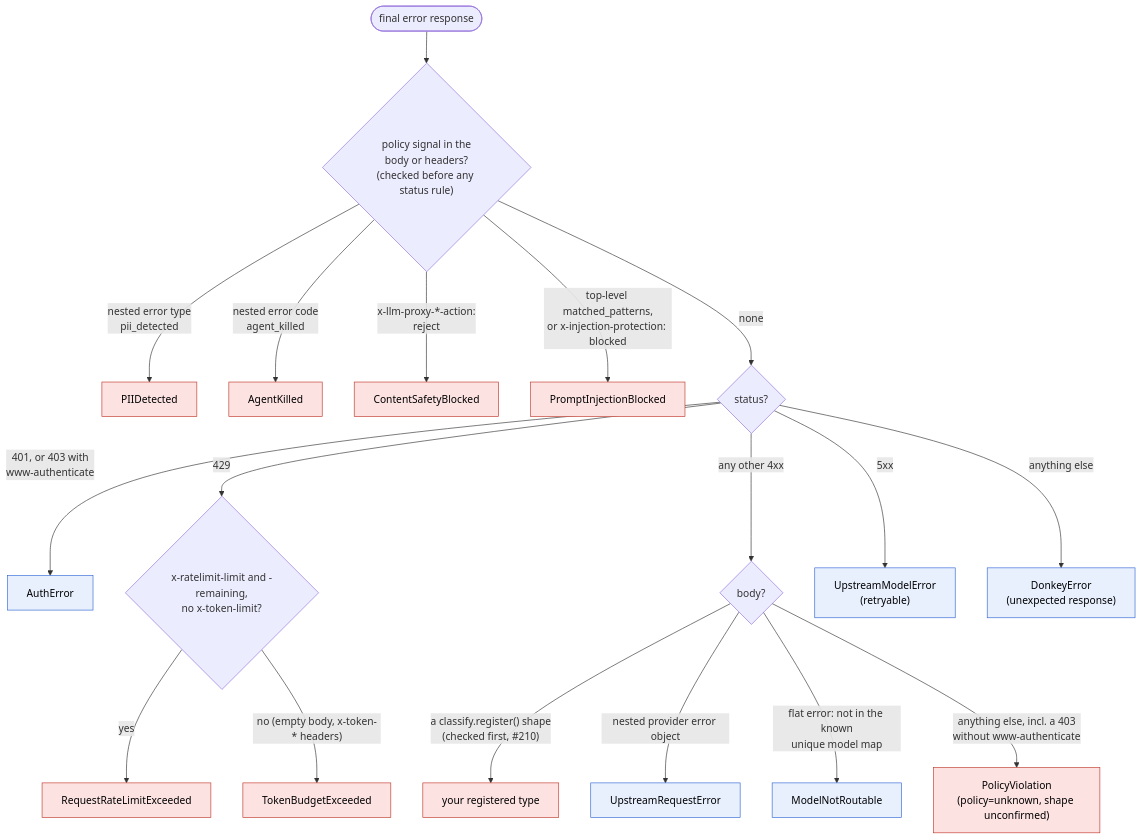
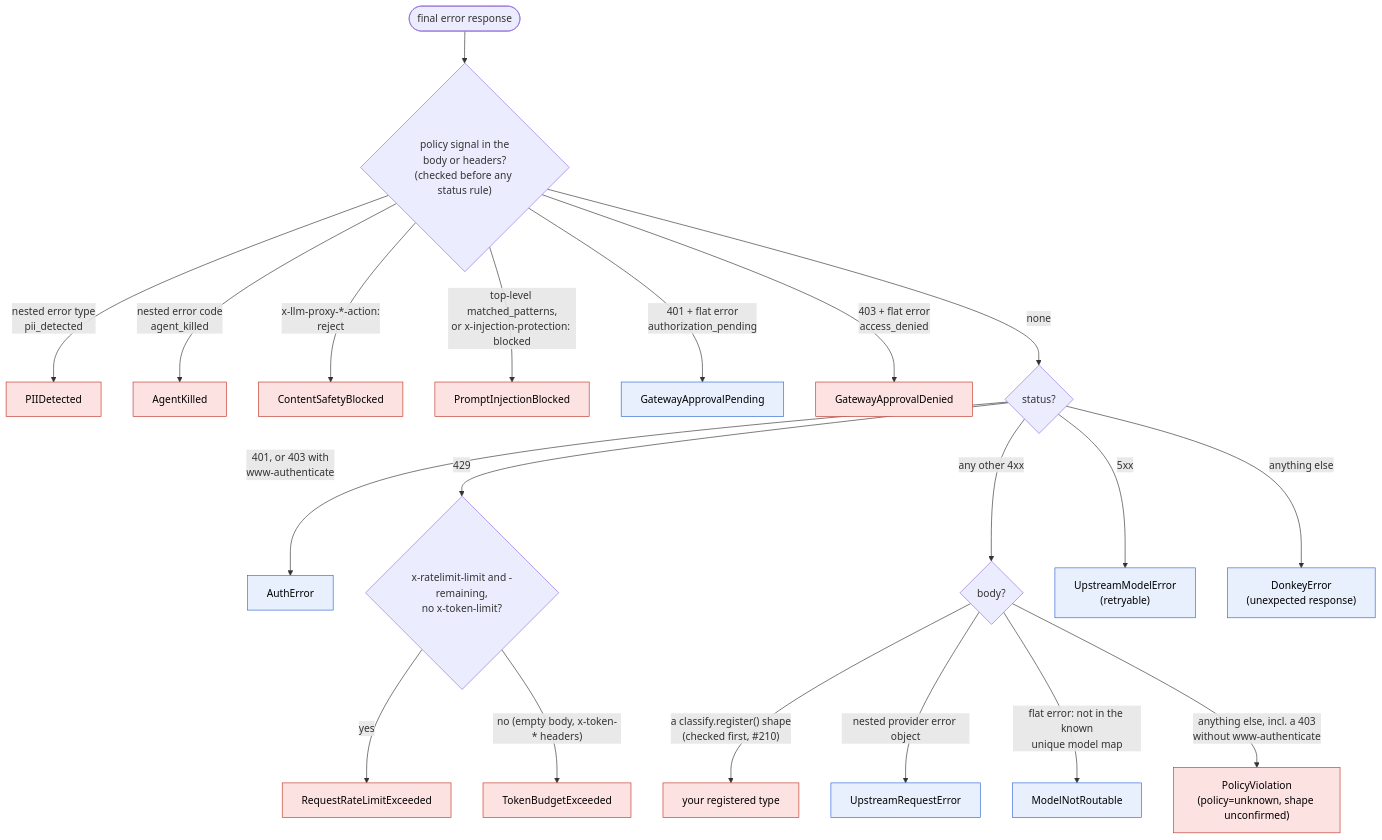
The second of 2 diagrams in ARCHITECTURE.md (Donkey-Development-Kit/donkey-development-kit), drawn with Mermaid before and after one commit. The commit also changed other lines of this file and 39 other files, not shown here.

````diff
--- a/ARCHITECTURE.md
+++ b/ARCHITECTURE.md
@@ -530,26 +533,28 @@
 ```mermaid
 flowchart TD
   start(["final error response"]) --> sig{"policy signal in the<br/>body or headers?<br/>(checked before any status rule)"}
   sig -->|"nested error type<br/>pii_detected"| PIIDetected
   sig -->|"nested error code<br/>agent_killed"| AgentKilled
   sig -->|"x-llm-proxy-*-action:<br/>reject"| ContentSafetyBlocked
   sig -->|"top-level matched_patterns,<br/>or x-injection-protection: blocked"| PromptInjectionBlocked
+  sig -->|"401 + flat error<br/>authorization_pending"| GatewayApprovalPending
+  sig -->|"403 + flat error<br/>access_denied"| GatewayApprovalDenied
   sig -->|none| status{"status?"}
 
   status -->|"401, or 403 with<br/>www-authenticate"| AuthError
   status -->|429| r429{"x-ratelimit-limit and -remaining,<br/>no x-token-limit?"}
   r429 -->|yes| RequestRateLimitExceeded
   r429 -->|"no (empty body, x-token-* headers)"| TokenBudgetExceeded
   status -->|"any other 4xx"| c4xx{"body?"}
   c4xx -->|"a classify.register() shape<br/>(checked first, #210)"| Registered["your registered type"]
   c4xx -->|"nested provider error object"| UpstreamRequestError
   c4xx -->|"flat error: not in the known<br/>unique model map"| ModelNotRoutable
   c4xx -->|"anything else, incl. a 403<br/>without www-authenticate"| PV["PolicyViolation<br/>(policy=unknown, shape unconfirmed)"]
   status -->|5xx| UpstreamModelError["UpstreamModelError<br/>(retryable)"]
   status -->|"anything else"| DonkeyError["DonkeyError<br/>(unexpected response)"]
 
   classDef refusal fill:#fde2e2,stroke:#c0392b,color:#000
   classDef other fill:#e8f0fe,stroke:#3367d6,color:#000
-  class PIIDetected,AgentKilled,ContentSafetyBlocked,PromptInjectionBlocked,RequestRateLimitExceeded,TokenBudgetExceeded,PV,Registered refusal
-  class AuthError,UpstreamRequestError,ModelNotRoutable,UpstreamModelError,DonkeyError other
+  class PIIDetected,AgentKilled,GatewayApprovalDenied,ContentSafetyBlocked,PromptInjectionBlocked,RequestRateLimitExceeded,TokenBudgetExceeded,PV,Registered refusal
+  class AuthError,GatewayApprovalPending,UpstreamRequestError,ModelNotRoutable,UpstreamModelError,DonkeyError other
 ```
````
